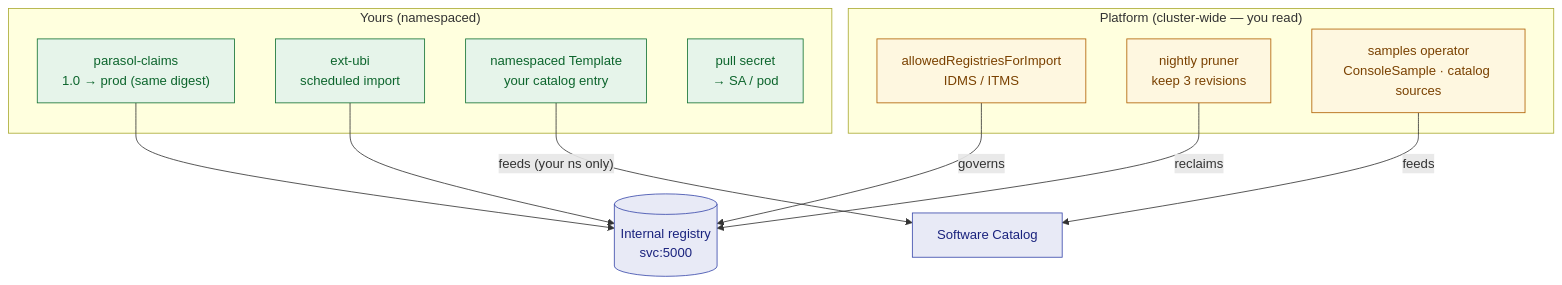
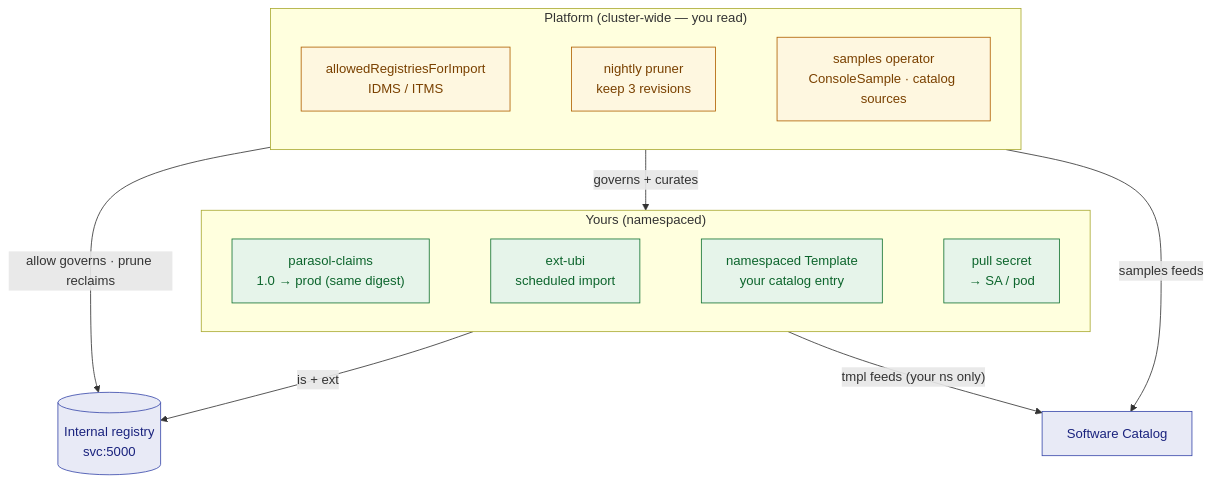
Before and after one commit to serhat-dirik/OCP-Getting-Started-Revamped: the diagram in content/modules/ROOT/examples/diagrams/registry-images-catalog-governance/03-what-you-built.mmd, drawn with Mermaid. The commit also changed 59 other files, not shown here.

```diff
--- a/content/modules/ROOT/examples/diagrams/registry-images-catalog-governance/03-what-you-built.mmd
+++ b/content/modules/ROOT/examples/diagrams/registry-images-catalog-governance/03-what-you-built.mmd
@@ -1,25 +1,43 @@
-graph TB
+%% What you built — Registry, Images & Catalog Governance.
+%% Resized 2026-08-22 (before: 1622x304 intrinsic, a 169px-tall sliver at 0.55x text — TOO WIDE:
+%% plain `graph TB` with no subgraph direction, so all seven "you"/"platform" nodes landed on the
+%% same dagre rank, side by side). Fix per rule 3: `direction LR` + an invisible `~~~` chain inside
+%% each subgraph (the multi-tenancy/platform-accretion idiom), plus one real edge between the two
+%% subgraph containers — `platform` governs the registry and curates the catalog `you` populates —
+%% so the clusters stack TB instead of tying at rank 0. `reg`/`dcat` are untouched; they were already
+%% a narrower rank below both. No label text changed — every node was already within the one-<br/>
+%% limit.
+%% Follow-up 2026-08-22: is/ext/allow/prune-->reg and samples/tmpl-->dcat (6 edges) each crossed
+%% the you/platform boundary into a plain top-level node, silently disabling direction LR. Fixed by
+%% routing container-to-container (you/platform --> reg/dcat) and folding the specific member(s)
+%% and their verbs into each edge's label, so no source-node distinction is lost — e.g. tmpl/sec
+%% still visibly do NOT reach the registry, and samples still visibly does not.
+flowchart TB
   subgraph you["Yours (namespaced)"]
+    direction LR
     is["parasol-claims<br/>1.0 → prod (same digest)"]
     ext["ext-ubi<br/>scheduled import"]
     tmpl["namespaced Template<br/>your catalog entry"]
     sec["pull secret<br/>→ SA / pod"]
+    is ~~~ ext ~~~ tmpl ~~~ sec
   end
   subgraph platform["Platform (cluster-wide — you read)"]
+    direction LR
     allow["allowedRegistriesForImport<br/>IDMS / ITMS"]
     prune["nightly pruner<br/>keep 3 revisions"]
     samples["samples operator<br/>ConsoleSample · catalog sources"]
+    allow ~~~ prune ~~~ samples
   end
+  platform -->|"governs + curates"| you
   reg[("Internal registry<br/>svc:5000")]
-  is --> reg
-  ext --> reg
-  allow -->|"governs"| reg
-  prune -->|"reclaims"| reg
-  samples -->|"feeds"| dcat["Software Catalog"]
-  tmpl -->|"feeds (your ns only)"| dcat
+  dcat["Software Catalog"]
+  you -->|"is + ext"| reg
+  platform -->|"allow governs · prune reclaims"| reg
+  platform -->|"samples feeds"| dcat
+  you -->|"tmpl feeds (your ns only)"| dcat
   classDef ok fill:#e6f4ea,stroke:#137333,color:#0d652d;
   classDef gov fill:#fef7e0,stroke:#b06000,color:#7a4100;
   classDef reg fill:#e8eaf6,stroke:#3949ab,color:#1a237e;
   class is,ext,tmpl,sec ok;
   class allow,prune,samples gov;
   class reg,dcat reg;
```
